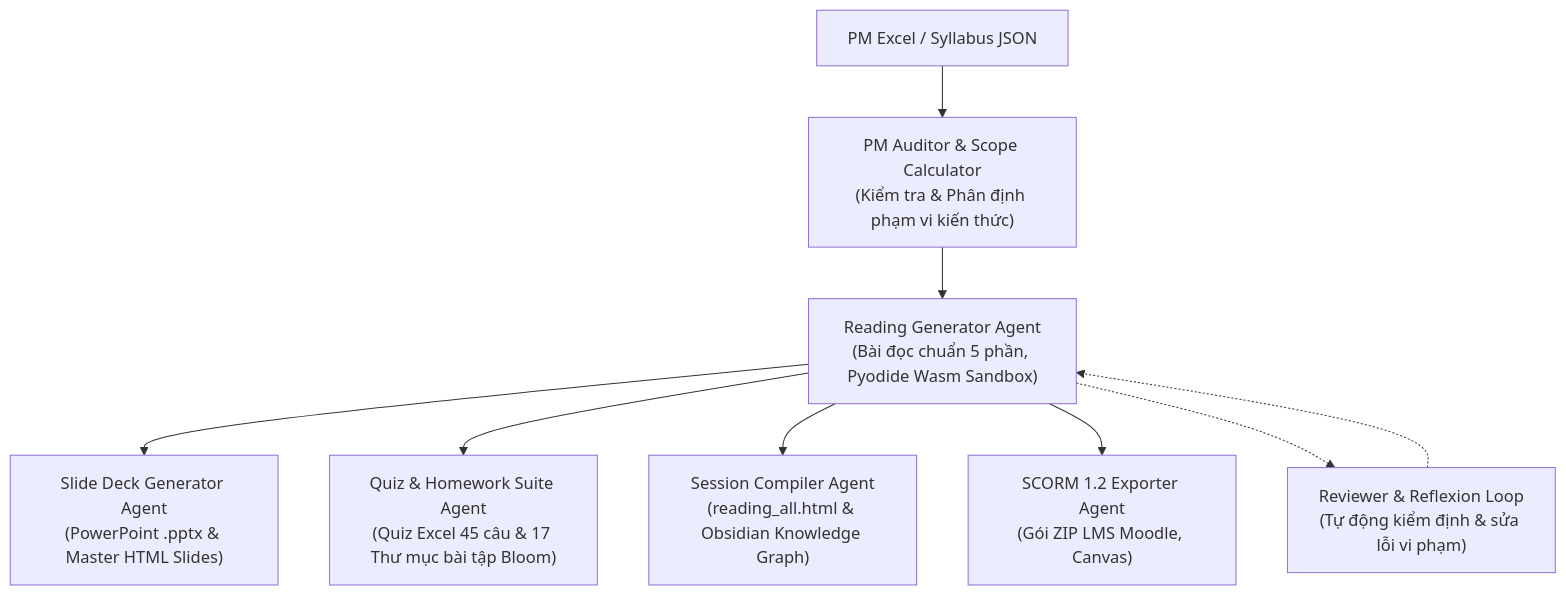
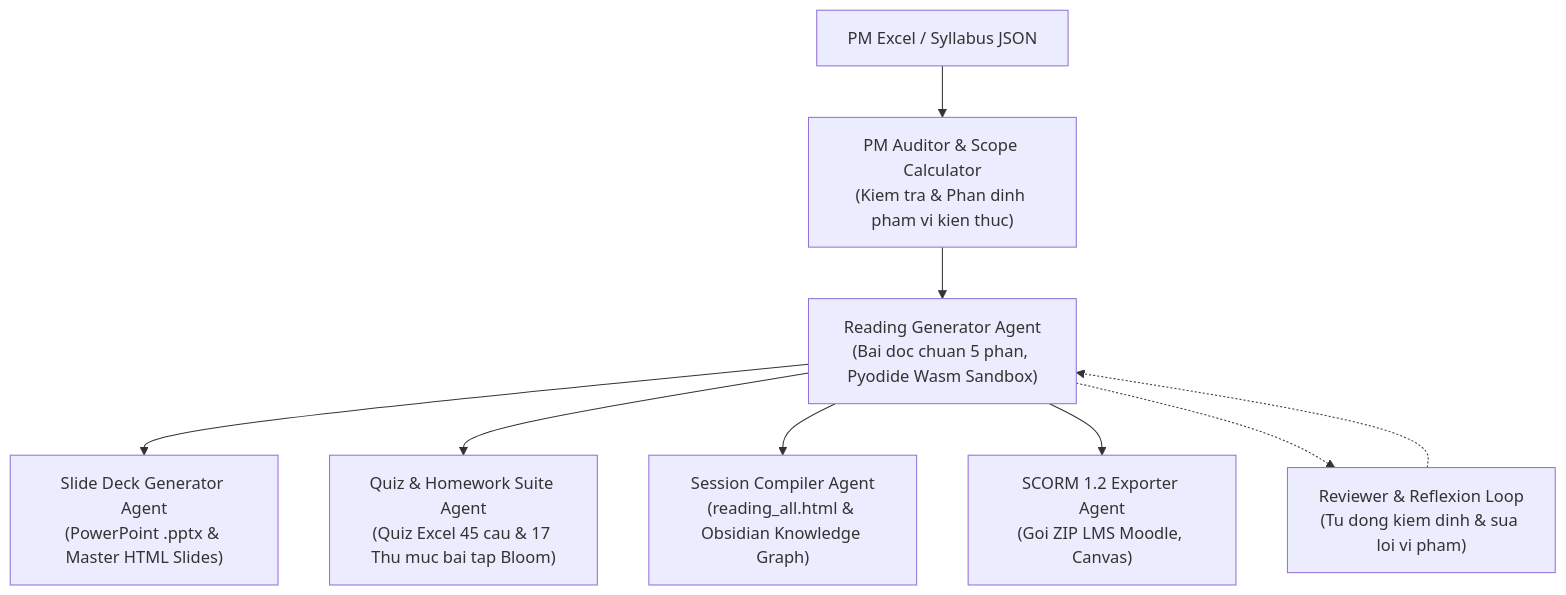
Before and after one commit to ngoquy12/learning_material: the diagram in documents/01_tong_quan_he_thong_multi_agent.md, drawn with Mermaid. The commit also changed other lines of this file and 6 other files, not shown here.

````diff
--- a/documents/01_tong_quan_he_thong_multi_agent.md
+++ b/documents/01_tong_quan_he_thong_multi_agent.md
@@ -10,12 +10,12 @@
 ```mermaid
 flowchart TD
-    PM["PM Excel / Syllabus JSON"] --> A1["PM Auditor & Scope Calculator<br>(Kiểm tra & Phân định phạm vi kiến thức)"]
-    A1 --> A2["Reading Generator Agent<br>(Bài đọc chuẩn 5 phần, Pyodide Wasm Sandbox)"]
+    PM["PM Excel / Syllabus JSON"] --> A1["PM Auditor & Scope Calculator<br>(Kiem tra & Phan dinh pham vi kien thuc)"]
+    A1 --> A2["Reading Generator Agent<br>(Bai doc chuan 5 phan, Pyodide Wasm Sandbox)"]
     A2 --> A3["Slide Deck Generator Agent<br>(PowerPoint .pptx & Master HTML Slides)"]
-    A2 --> A4["Quiz & Homework Suite Agent<br>(Quiz Excel 45 câu & 17 Thư mục bài tập Bloom)"]
+    A2 --> A4["Quiz & Homework Suite Agent<br>(Quiz Excel 45 cau & 17 Thu muc bai tap Bloom)"]
     A2 --> A5["Session Compiler Agent<br>(reading_all.html & Obsidian Knowledge Graph)"]
-    A2 --> A6["SCORM 1.2 Exporter Agent<br>(Gói ZIP LMS Moodle, Canvas)"]
+    A2 --> A6["SCORM 1.2 Exporter Agent<br>(Goi ZIP LMS Moodle, Canvas)"]
     
-    A2 -.-> R["Reviewer & Reflexion Loop<br>(Tự động kiểm định & sửa lỗi vi phạm)"]
+    A2 -.-> R["Reviewer & Reflexion Loop<br>(Tu dong kiem dinh & sua loi vi pham)"]
     R -.-> A2
 ```
````
